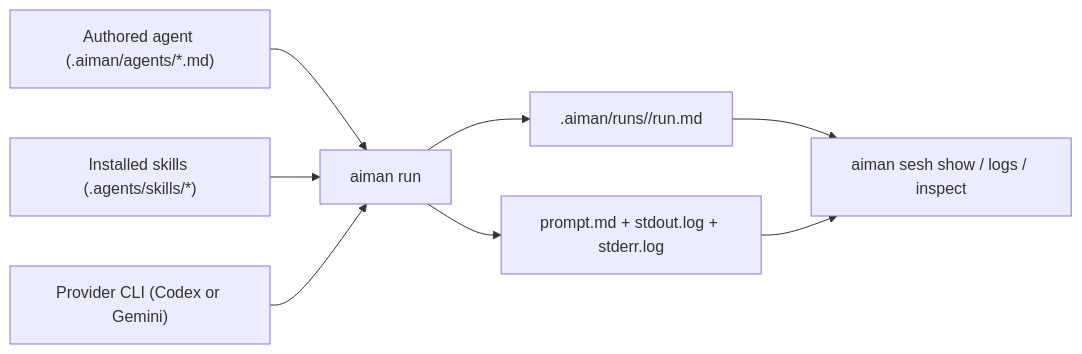
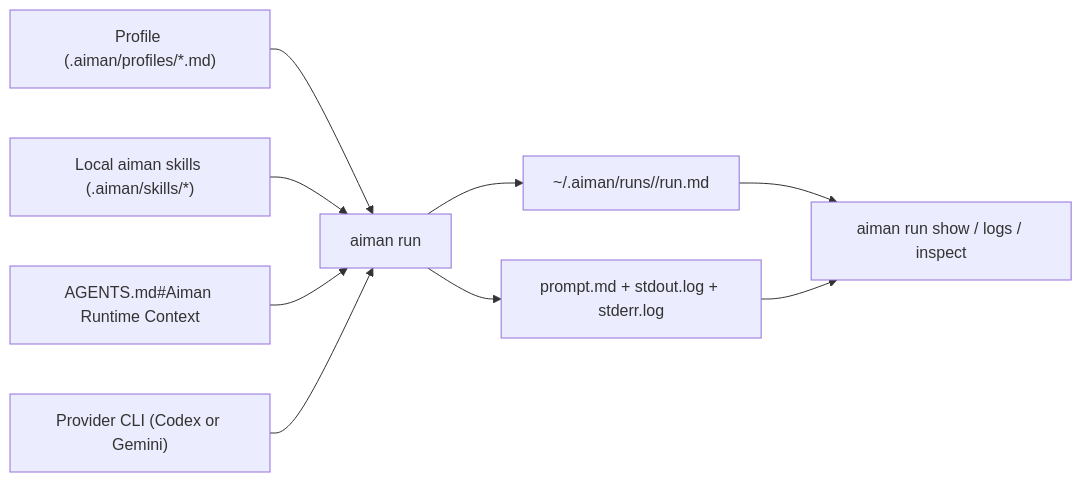
Before and after one commit to ogow/aiman: the diagram in README.md, drawn with Mermaid. The commit also changed other lines of this file and 177 other files, not shown here.

````diff
--- a/README.md
+++ b/README.md
@@ -21,10 +22,11 @@
 ```mermaid
 flowchart LR
-    A["Authored agent (.aiman/agents/*.md)"] --> B["aiman run <agent>"]
-    S["Installed skills (.agents/skills/*)"] --> B
+    A["Profile (.aiman/profiles/*.md)"] --> B["aiman run <profile>"]
+    S["Local aiman skills (.aiman/skills/*)"] --> B
+    G["AGENTS.md#Aiman Runtime Context"] --> B
     M["Provider CLI (Codex or Gemini)"] --> B
-    B --> R[".aiman/runs/<run-id>/run.md"]
+    B --> R["~/.aiman/runs/<run-id>/run.md"]
     B --> P["prompt.md + stdout.log + stderr.log"]
-    R --> I["aiman sesh show / logs / inspect"]
+    R --> I["aiman run show / logs / inspect"]
     P --> I
 ```
````
